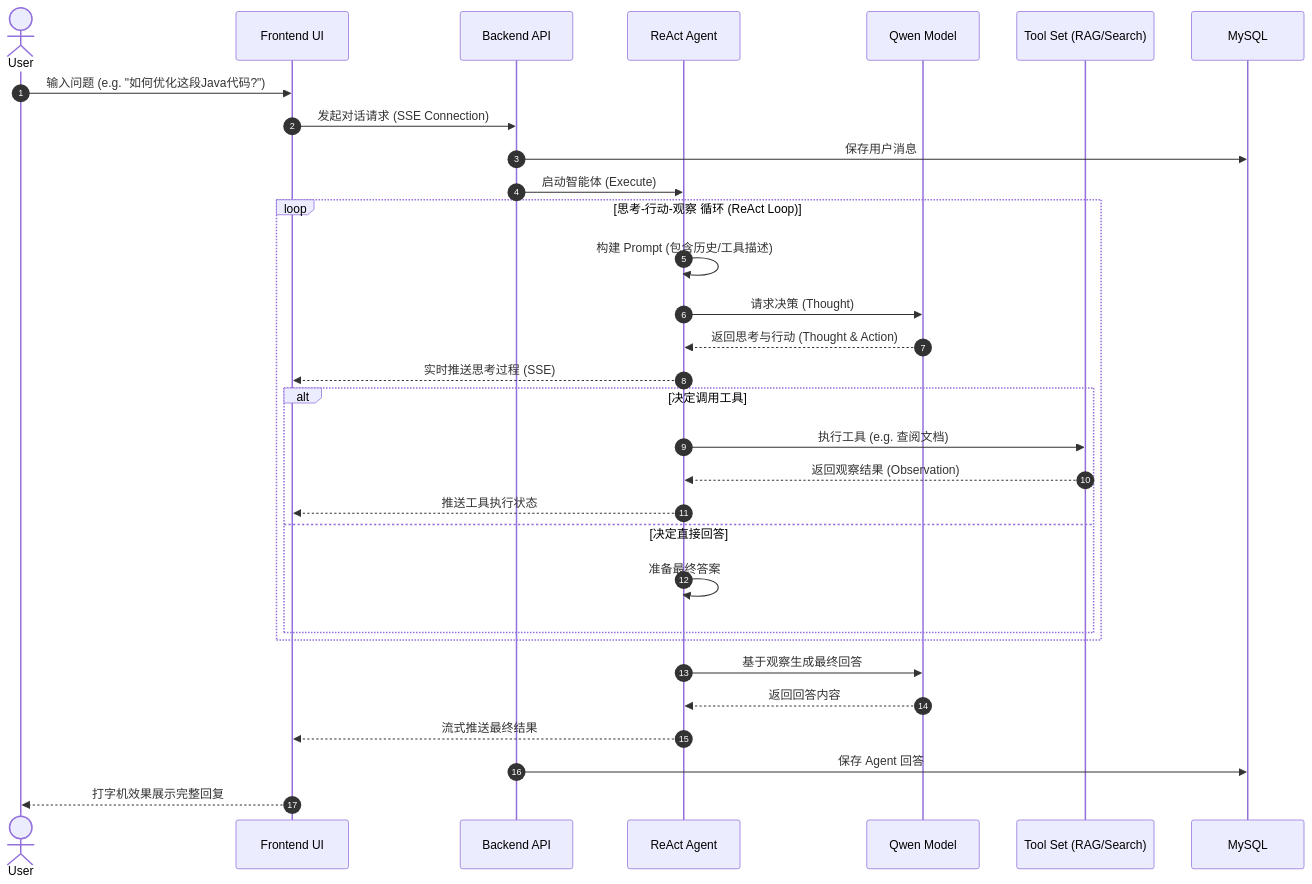
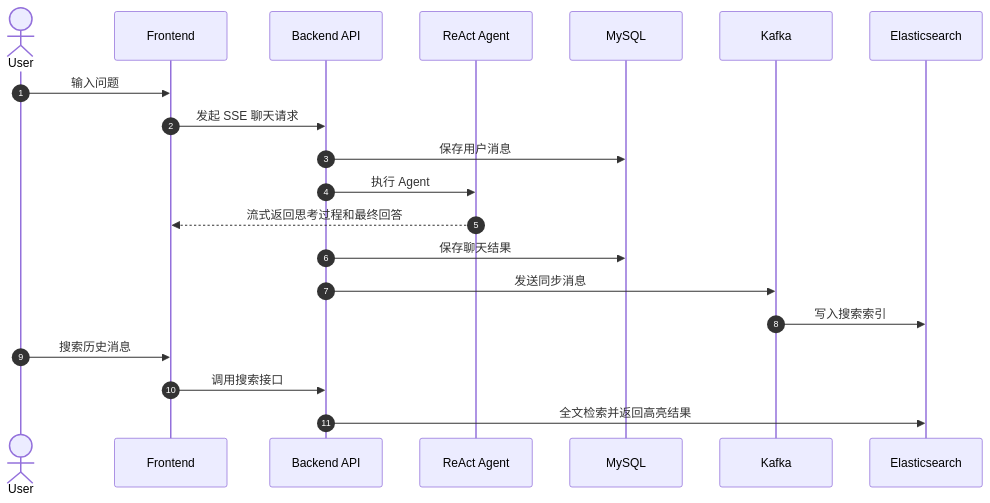
One commit to EagerBaldy/AI-Agent changed the second of 2 diagrams in README.md. Above: the diagram before and after it, drawn with Mermaid. The commit also changed other lines of this file, not shown here.

````diff
--- a/README.md
+++ b/README.md
@@ -188,38 +214,23 @@
 ```mermaid
 sequenceDiagram
     autonumber
     actor User
-    participant FE as Frontend UI
-    participant Backend as Backend API
+    participant FE as Frontend
+    participant API as Backend API
     participant Agent as ReAct Agent
-    participant LLM as Qwen Model
-    participant Tools as Tool Set (RAG/Search)
     participant DB as MySQL
+    participant MQ as Kafka
+    participant ES as Elasticsearch
 
-    User->>FE: 输入问题 (e.g. "如何优化这段Java代码?")
-    FE->>Backend: 发起对话请求 (SSE Connection)
-    Backend->>DB: 保存用户消息
-    Backend->>Agent: 启动智能体 (Execute)
-    
-    loop 思考-行动-观察 循环 (ReAct Loop)
-        Agent->>Agent: 构建 Prompt (包含历史/工具描述)
-        Agent->>LLM: 请求决策 (Thought)
-        LLM-->>Agent: 返回思考与行动 (Thought & Action)
-        
-        Agent-->>FE: 实时推送思考过程 (SSE)
-        
-        alt 决定调用工具
-            Agent->>Tools: 执行工具 (e.g. 查阅文档)
-            Tools-->>Agent: 返回观察结果 (Observation)
-            Agent-->>FE: 推送工具执行状态
-        else 决定直接回答
-            Agent->>Agent: 准备最终答案
-        end
-    end
-    
-    Agent->>LLM: 基于观察生成最终回答
-    LLM-->>Agent: 返回回答内容
-    Agent-->>FE: 流式推送最终结果
-    Backend->>DB: 保存 Agent 回答
-    FE-->>User: 打字机效果展示完整回复
+    User->>FE: 输入问题
+    FE->>API: 发起 SSE 聊天请求
+    API->>DB: 保存用户消息
+    API->>Agent: 执行 Agent
+    Agent-->>FE: 流式返回思考过程和最终回答
+    API->>DB: 保存聊天结果
+    API->>MQ: 发送同步消息
+    MQ->>ES: 写入搜索索引
+    User->>FE: 搜索历史消息
+    FE->>API: 调用搜索接口
+    API->>ES: 全文检索并返回高亮结果
 ```
````
